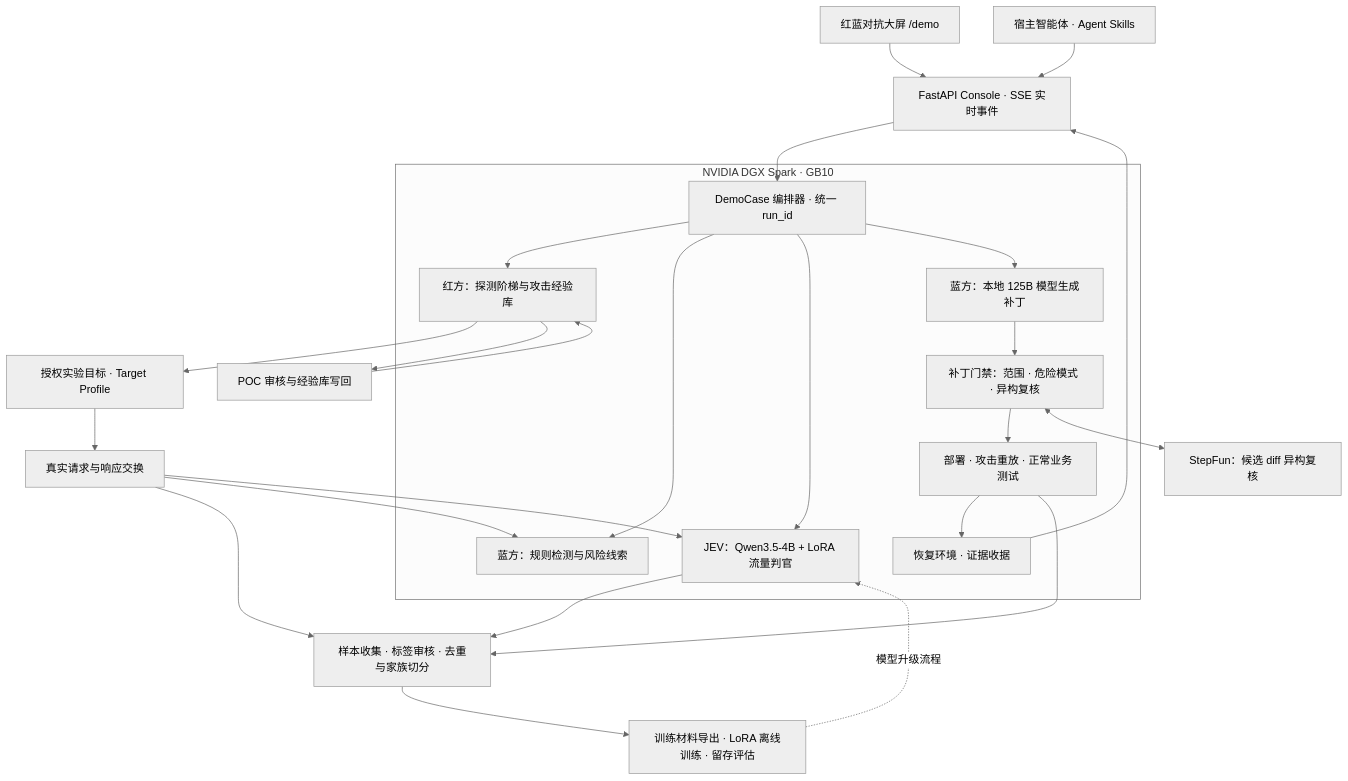
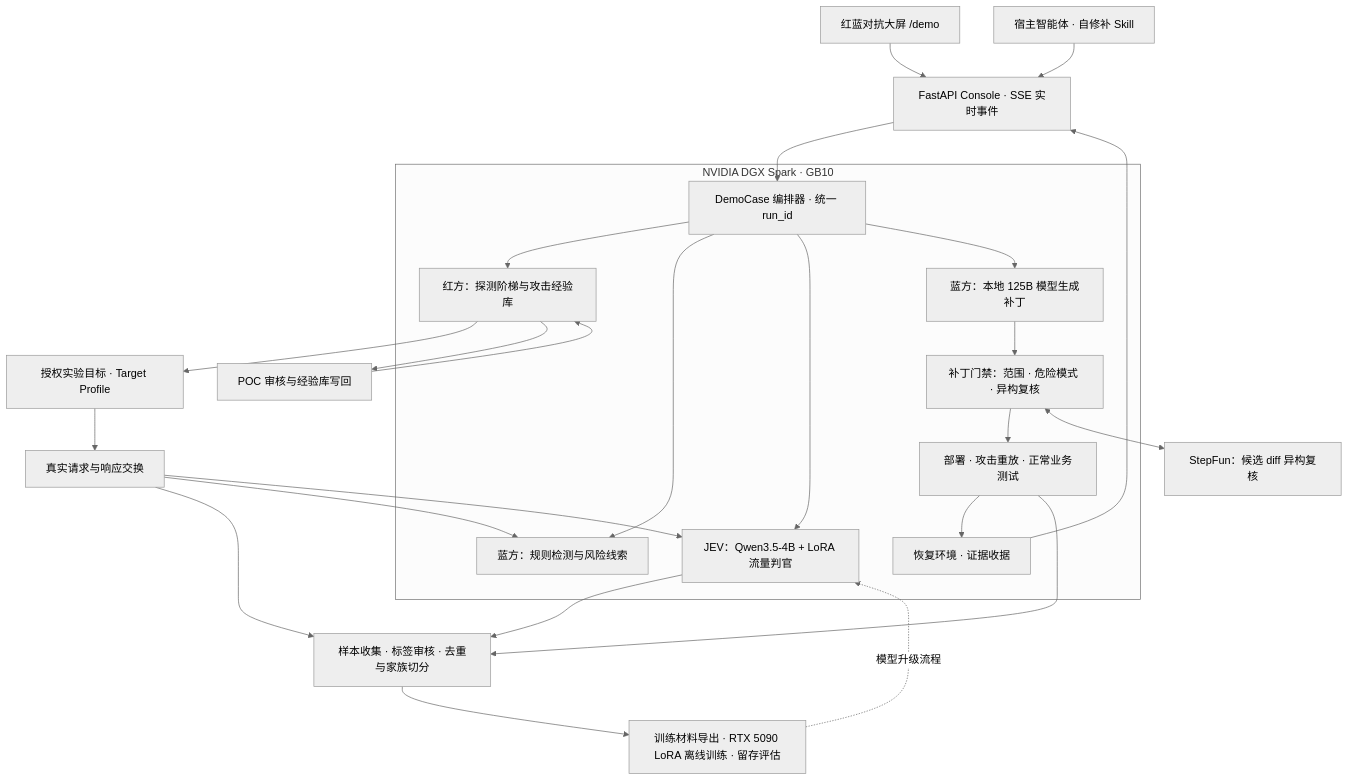
One commit to okone1995/aegis-dgx-spark changed the diagram in README.md. Above: the diagram before and after it, drawn with Mermaid (neutral theme). The commit also changed other lines of this file and 5 other files, not shown here.

````diff
--- a/README.md
+++ b/README.md
@@ -56,28 +61,28 @@
 ```mermaid
 flowchart TB
     WEB["红蓝对抗大屏 /demo"] --> API["FastAPI Console · SSE 实时事件"]
-    SKILL["宿主智能体 · Agent Skills"] --> API
+    SKILL["宿主智能体 · 自修补 Skill"] --> API
     API --> CASE["DemoCase 编排器 · 统一 run_id"]
     subgraph SPARK["NVIDIA DGX Spark · GB10"]
       CASE --> RED["红方：探测阶梯与攻击经验库"]
       CASE --> RULE["蓝方：规则检测与风险线索"]
       CASE --> JEV["JEV：Qwen3.5-4B + LoRA 流量判官"]
       CASE --> PATCH["蓝方：本地 125B 模型生成补丁"]
       PATCH --> GATE["补丁门禁：范围 · 危险模式 · 异构复核"]
       GATE --> VERIFY["部署 · 攻击重放 · 正常业务测试"]
       VERIFY --> RECEIPT["恢复环境 · 证据收据"]
     end
     RED --> TARGET["授权实验目标 · Target Profile"]
     TARGET --> FLOW["真实请求与响应交换"]
     FLOW --> RULE
     FLOW --> JEV
     GATE <--> STEPFUN["StepFun：候选 diff 异构复核"]
     RED --> POC["POC 审核与经验库写回"]
     POC --> RED
     FLOW --> DATA["样本收集 · 标签审核 · 去重与家族切分"]
     JEV --> DATA
     VERIFY --> DATA
-    DATA --> TRAIN["训练材料导出 · LoRA 离线训练 · 留存评估"]
+    DATA --> TRAIN["训练材料导出 · RTX 5090 LoRA 离线训练 · 留存评估"]
     TRAIN -. "模型升级流程" .-> JEV
     RECEIPT --> API
 ```
````
